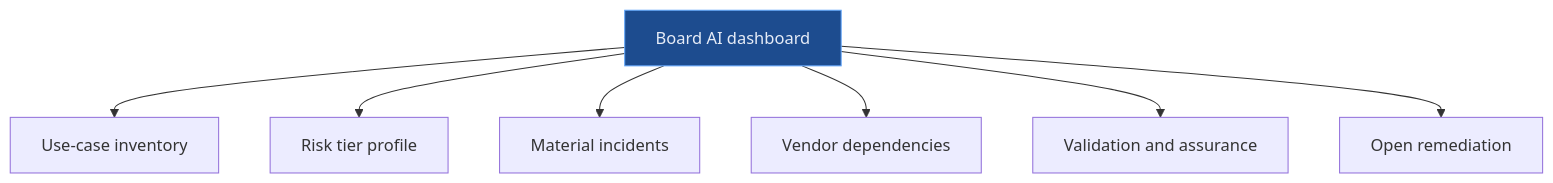
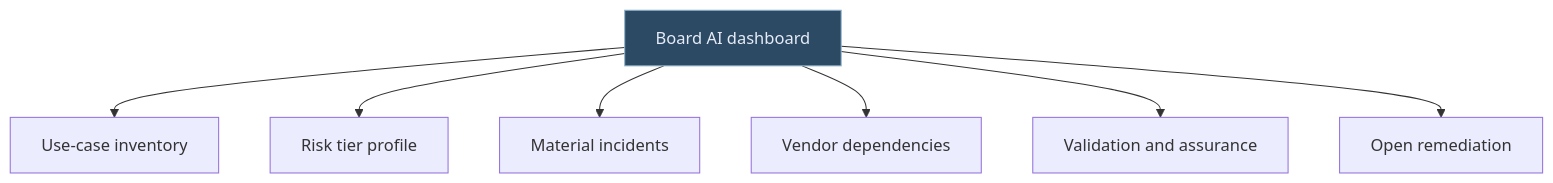
The second of 2 diagrams in blog/ecb-ai-supervision-governance-genai-prudential-risk.md (lorvexai/lorvexai), drawn with Mermaid before and after one commit. The commit also changed other lines of this file and 16 other files, not shown here.

First line of the commit message:
Retune hardcoded Mermaid node colors to match the site palette

````diff
--- a/blog/ecb-ai-supervision-governance-genai-prudential-risk.md
+++ b/blog/ecb-ai-supervision-governance-genai-prudential-risk.md
@@ -101,11 +101,11 @@
 ```mermaid
 flowchart TB
   A[Board AI dashboard] --> B[Use-case inventory]
   A --> C[Risk tier profile]
   A --> D[Material incidents]
   A --> E[Vendor dependencies]
   A --> F[Validation and assurance]
   A --> G[Open remediation]
 
-  style A fill:#1D4C8F,stroke:#60a5fa,color:#E6ECF7
+  style A fill:#2C4A63,stroke:#8FB2CC,color:#E6ECF7
 ```
````
